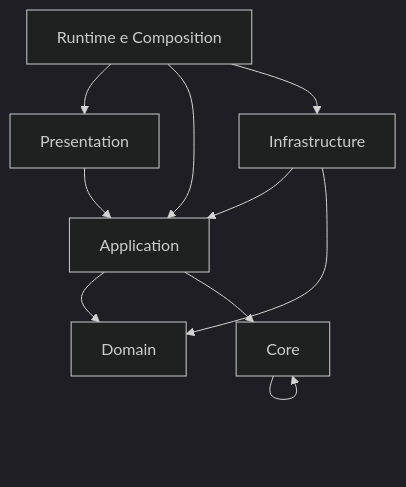
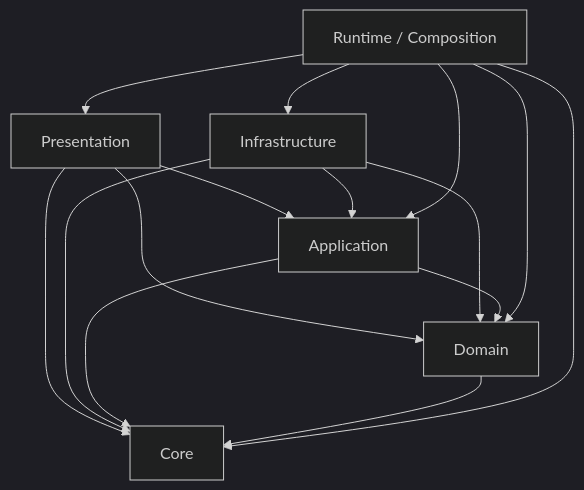
The diagram in docs/architecture/overview.md (drwesleyadv/prontoo.app), drawn with Mermaid (dark theme) before and after one commit. The commit also changed other lines of this file, not shown here.

````diff
--- a/docs/architecture/overview.md
+++ b/docs/architecture/overview.md
@@ -17,12 +21,17 @@
 ```mermaid
 flowchart TD
     P[Presentation] --> A[Application]
-    A --> D[Domain]
-    A --> C[Core]
+    P --> D[Domain]
+    P --> C[Core]
     I[Infrastructure] --> A
     I --> D
-    R[Runtime e Composition] --> P
+    I --> C
+    A --> D
+    A --> C
+    D --> C
+    R[Runtime / Composition] --> P
+    R --> I
     R --> A
-    R --> I
-    C --> C
+    R --> D
+    R --> C
 ```
````
